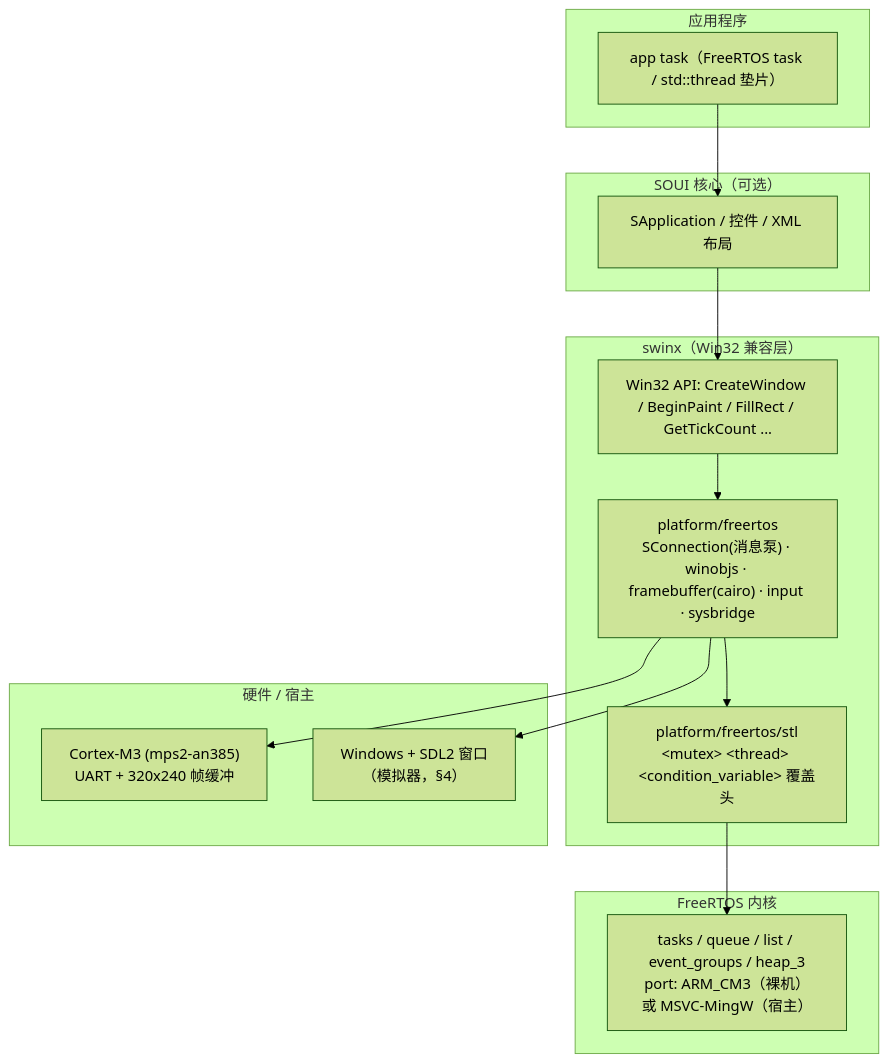
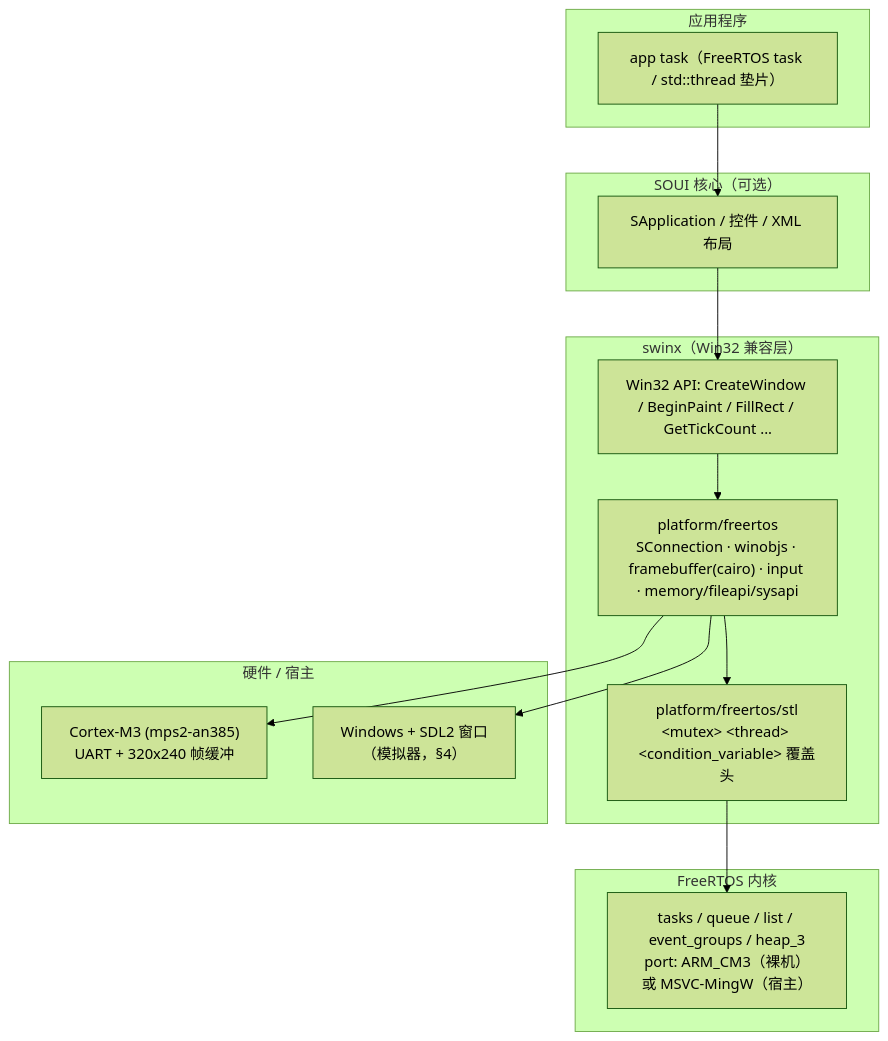
The first of 3 diagrams in SOUI5-FreeRTOS开发指南.md (setoutsoft/soui-freertos), drawn with Mermaid (forest theme) before and after one commit. The commit also changed other lines of this file and 56 other files, not shown here.

````diff
--- a/SOUI5-FreeRTOS开发指南.md
+++ b/SOUI5-FreeRTOS开发指南.md
@@ -38,24 +39,24 @@
 ```mermaid
 flowchart TB
     subgraph APP["应用程序"]
         A1["app task（FreeRTOS task / std::thread 垫片）"]
     end
     subgraph SOUI["SOUI 核心（可选）"]
         B1["SApplication / 控件 / XML 布局"]
     end
     subgraph SWINX["swinx（Win32 兼容层）"]
         C1["Win32 API: CreateWindow / BeginPaint / FillRect / GetTickCount ..."]
-        C2["platform/freertos<br/>SConnection(消息泵) · winobjs · framebuffer(cairo) · input · sysbridge"]
+        C2["platform/freertos<br/>SConnection · winobjs · framebuffer(cairo) · input · memory/fileapi/sysapi"]
         C3["platform/freertos/stl<br/>&lt;mutex&gt; &lt;thread&gt; &lt;condition_variable&gt; 覆盖头"]
     end
     subgraph RT["FreeRTOS 内核"]
         D1["tasks / queue / list / event_groups / heap_3<br/>port: ARM_CM3（裸机）或 MSVC-MingW（宿主）"]
     end
     subgraph HW["硬件 / 宿主"]
         E1["Cortex-M3 (mps2-an385)<br/>UART + 320x240 帧缓冲"]
         E2["Windows + SDL2 窗口<br/>（模拟器，§4）"]
     end
     A1 --> B1 --> C1 --> C2 --> C3 --> D1
     C2 --> E1
     C2 --> E2
 ```
````
